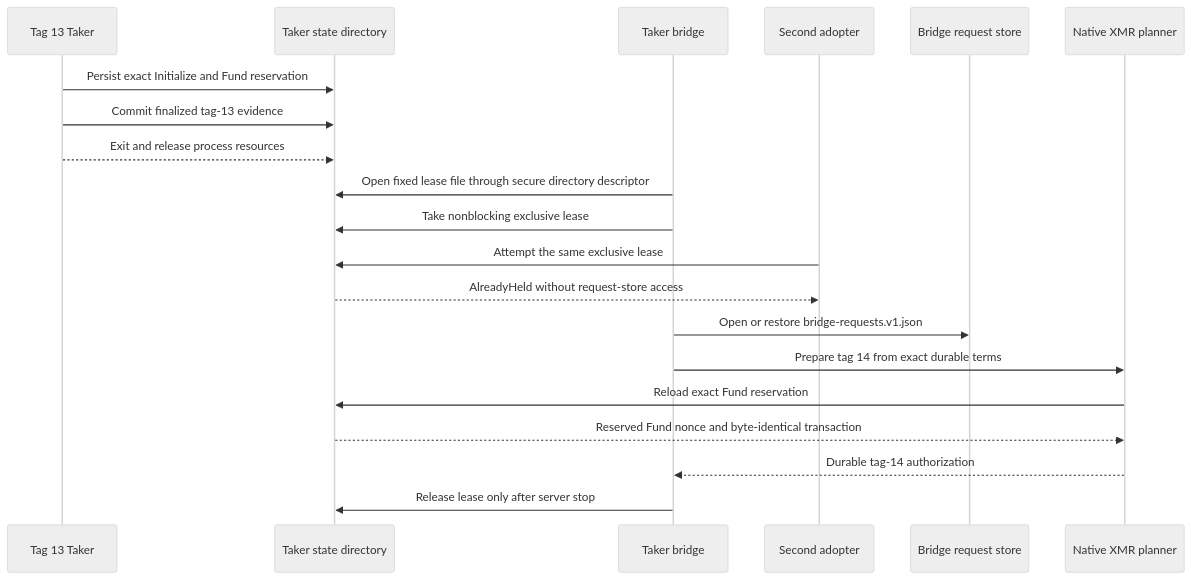
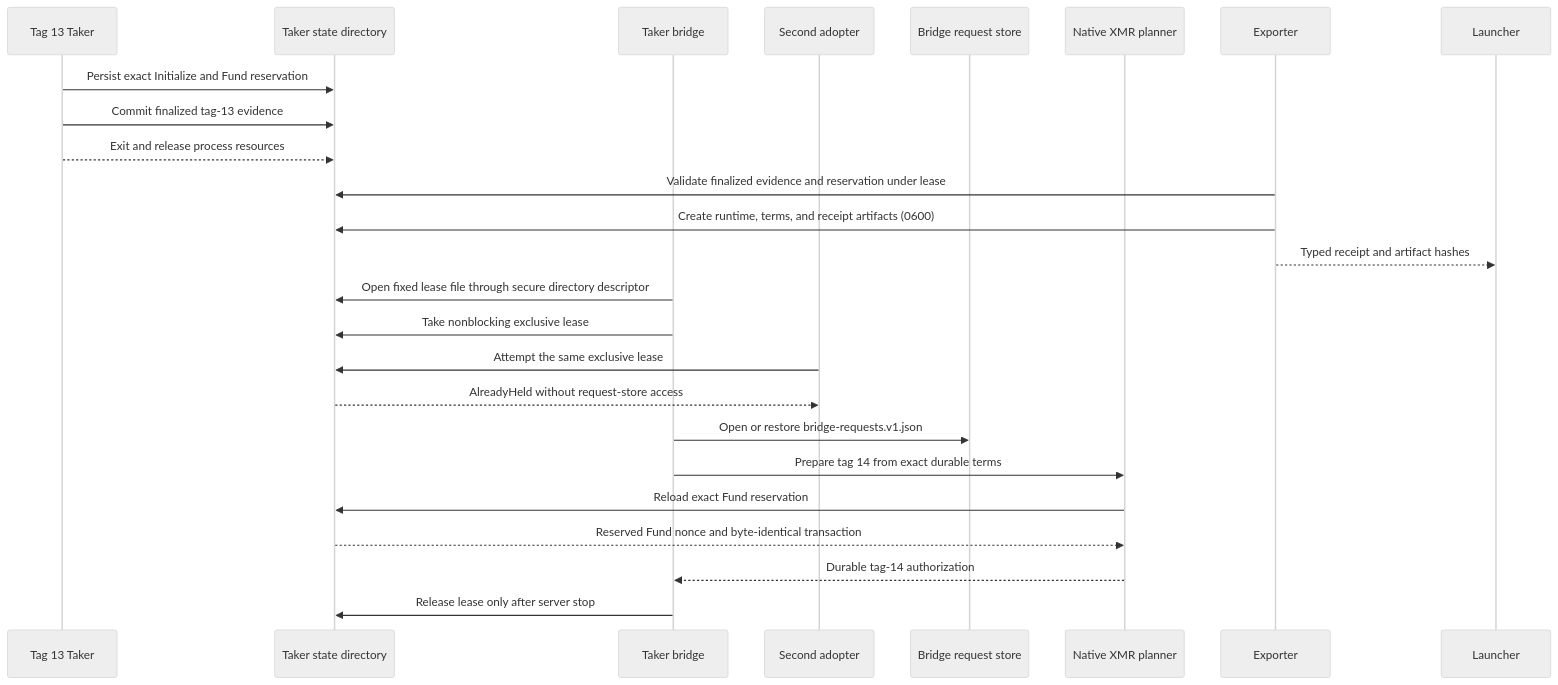
One commit to gateway-fm/lez-atomic-swaps changed the second of 2 diagrams in docs/architecture/0076-lease-exclusive-xmr-sidecar-state.md. Above: the diagram before and after it, drawn with Mermaid (neutral theme). The commit also changed other lines of this file and 14 other files, not shown here.

````diff
--- a/docs/architecture/0076-lease-exclusive-xmr-sidecar-state.md
+++ b/docs/architecture/0076-lease-exclusive-xmr-sidecar-state.md
@@ -69,23 +74,26 @@
 ```mermaid
 sequenceDiagram
     participant Tag13 as Tag 13 Taker
     participant State as Taker state directory
     participant Bridge as Taker bridge
     participant Other as Second adopter
     participant Store as Bridge request store
     participant Planner as Native XMR planner
 
     Tag13->>State: Persist exact Initialize and Fund reservation
     Tag13->>State: Commit finalized tag-13 evidence
     Tag13-->>State: Exit and release process resources
+    Exporter->>State: Validate finalized evidence and reservation under lease
+    Exporter->>State: Create runtime, terms, and receipt artifacts (0600)
+    Exporter-->>Launcher: Typed receipt and artifact hashes
     Bridge->>State: Open fixed lease file through secure directory descriptor
     Bridge->>State: Take nonblocking exclusive lease
     Other->>State: Attempt the same exclusive lease
     State-->>Other: AlreadyHeld without request-store access
     Bridge->>Store: Open or restore bridge-requests.v1.json
     Bridge->>Planner: Prepare tag 14 from exact durable terms
     Planner->>State: Reload exact Fund reservation
     State-->>Planner: Reserved Fund nonce and byte-identical transaction
     Planner-->>Bridge: Durable tag-14 authorization
     Bridge->>State: Release lease only after server stop
 ```
````
